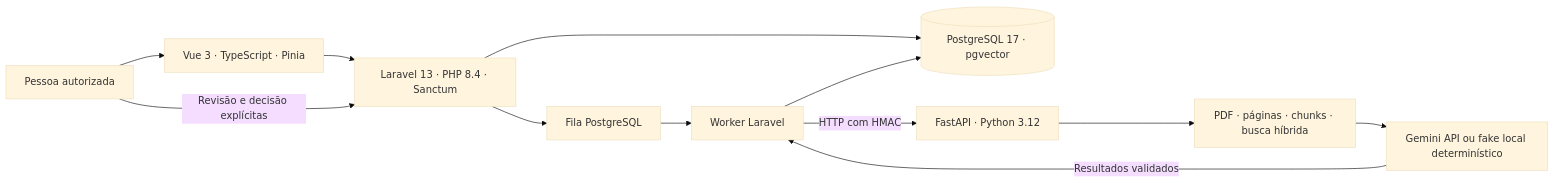
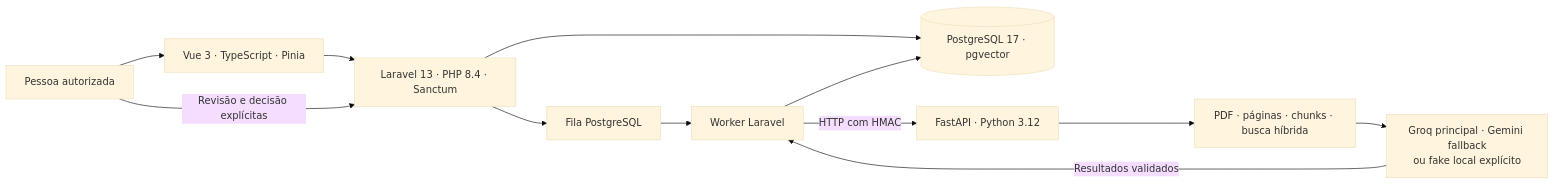
One commit to Hugueninfer/complyflow-ai changed the diagram in complyflow-ai/README.md. Above: the diagram before and after it, drawn with Mermaid (base theme). The commit also changed other lines of this file and 19 other files, not shown here.

Commit message:
feat(ai): add Groq primary with Gemini fallback

````diff
--- a/complyflow-ai/README.md
+++ b/complyflow-ai/README.md
@@ -29,14 +29,14 @@
 ```mermaid
 flowchart LR
     Pessoa[Pessoa autorizada] --> Vue[Vue 3 · TypeScript · Pinia]
     Vue --> API[Laravel 13 · PHP 8.4 · Sanctum]
     API --> DB[(PostgreSQL 17 · pgvector)]
     API --> Fila[Fila PostgreSQL]
     Fila --> Worker[Worker Laravel]
     Worker -->|HTTP com HMAC| Python[FastAPI · Python 3.12]
     Python --> PDF[PDF · páginas · chunks · busca híbrida]
-    PDF --> Provider[Gemini API ou fake local determinístico]
+    PDF --> Provider[Groq principal · Gemini fallback<br/>ou fake local explícito]
     Provider -->|Resultados validados| Worker
     Worker --> DB
     Pessoa -->|Revisão e decisão explícitas| API
 ```
````
